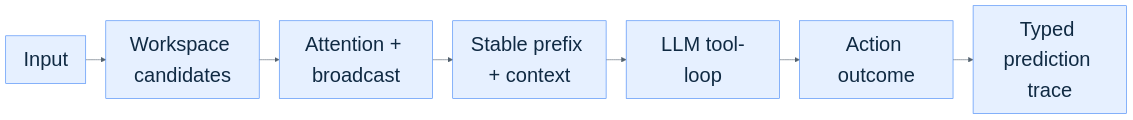
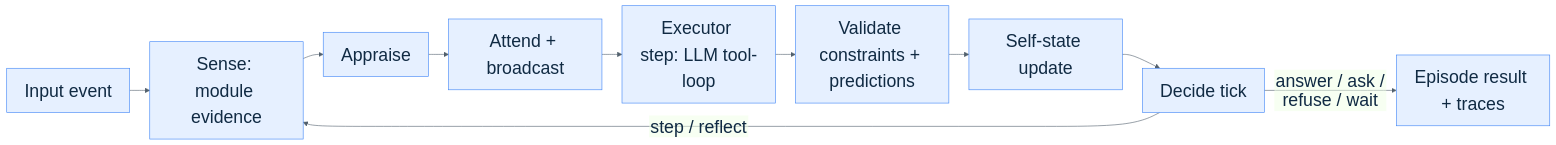
One commit to Libertai/conscio changed the first of 4 diagrams in docs/paper.md. Above: the diagram before and after it, drawn with Mermaid. The commit also changed other lines of this file and 5 other files, not shown here.

Commit message:
Paper v2: rewrite to implemented architecture, results from live runs, threat model section

````diff
--- a/docs/paper.md
+++ b/docs/paper.md
@@ -185,10 +270,13 @@
 ```mermaid
-%%{init: {"theme": "base", "themeVariables": {"fontFamily": "Inter, Arial, sans-serif", "fontSize": "34px", "primaryColor": "#e6f0ff", "primaryBorderColor": "#3b82f6", "primaryTextColor": "#102a43", "lineColor": "#52606d"}, "flowchart": {"htmlLabels": false, "nodeSpacing": 22, "rankSpacing": 34, "curve": "basis"}}}%%
+%%{init: {"theme": "base", "themeVariables": {"fontFamily": "Inter, Arial, sans-serif", "fontSize": "30px", "primaryColor": "#e6f0ff", "primaryBorderColor": "#3b82f6", "primaryTextColor": "#102a43", "lineColor": "#52606d"}, "flowchart": {"htmlLabels": false, "nodeSpacing": 22, "rankSpacing": 34, "curve": "basis"}}}%%
 flowchart LR
-    INPUT["Input"] --> CANDIDATES["Workspace candidates"]
-    CANDIDATES --> ATTENTION["Attention + broadcast"]
-    ATTENTION --> CONTEXT["Stable prefix + context"]
-    CONTEXT --> LOOP["LLM tool-loop"]
-    LOOP --> ACTION["Action outcome"]
-    ACTION --> REVIEW["Typed prediction trace"]
+    INPUT["Input event"] --> SENSE["Sense: module evidence"]
+    SENSE --> APPRAISE["Appraise"]
+    APPRAISE --> ATTEND["Attend + broadcast"]
+    ATTEND --> EXECUTE["Executor step: LLM tool-loop"]
+    EXECUTE --> VALIDATE["Validate constraints + predictions"]
+    VALIDATE --> SELF["Self-state update"]
+    SELF --> DECIDE["Decide tick"]
+    DECIDE -->|step / reflect| SENSE
+    DECIDE -->|answer / ask / refuse / wait| OUT["Episode result + traces"]
 ```
````
